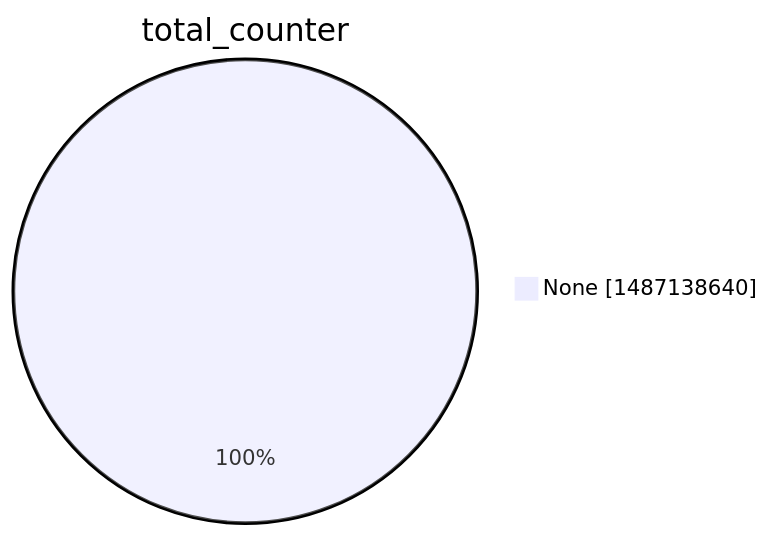
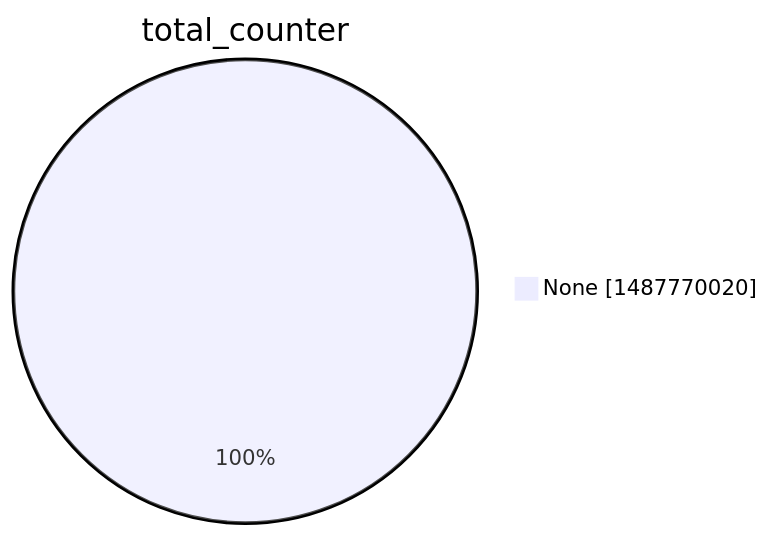
The second of 15 diagrams in argon2022/README.md (christiankrug/ctmonitor_visualization), drawn with Mermaid before and after one commit. The commit also changed other lines of this file, not shown here.

````diff
--- a/argon2022/README.md
+++ b/argon2022/README.md
@@ -9,5 +9,5 @@
 ```mermaid
 pie showData
 title total_counter
-"None" :1487138640
+"None" :1487770020
 ```
````
